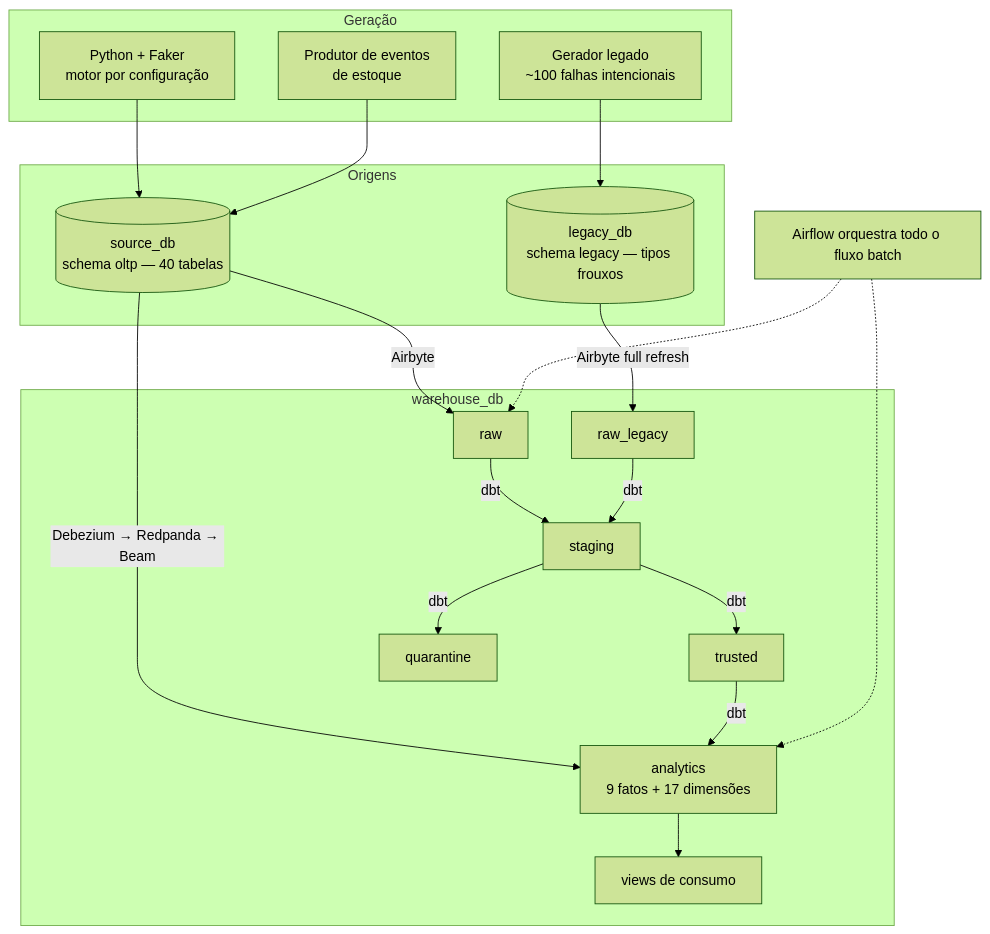
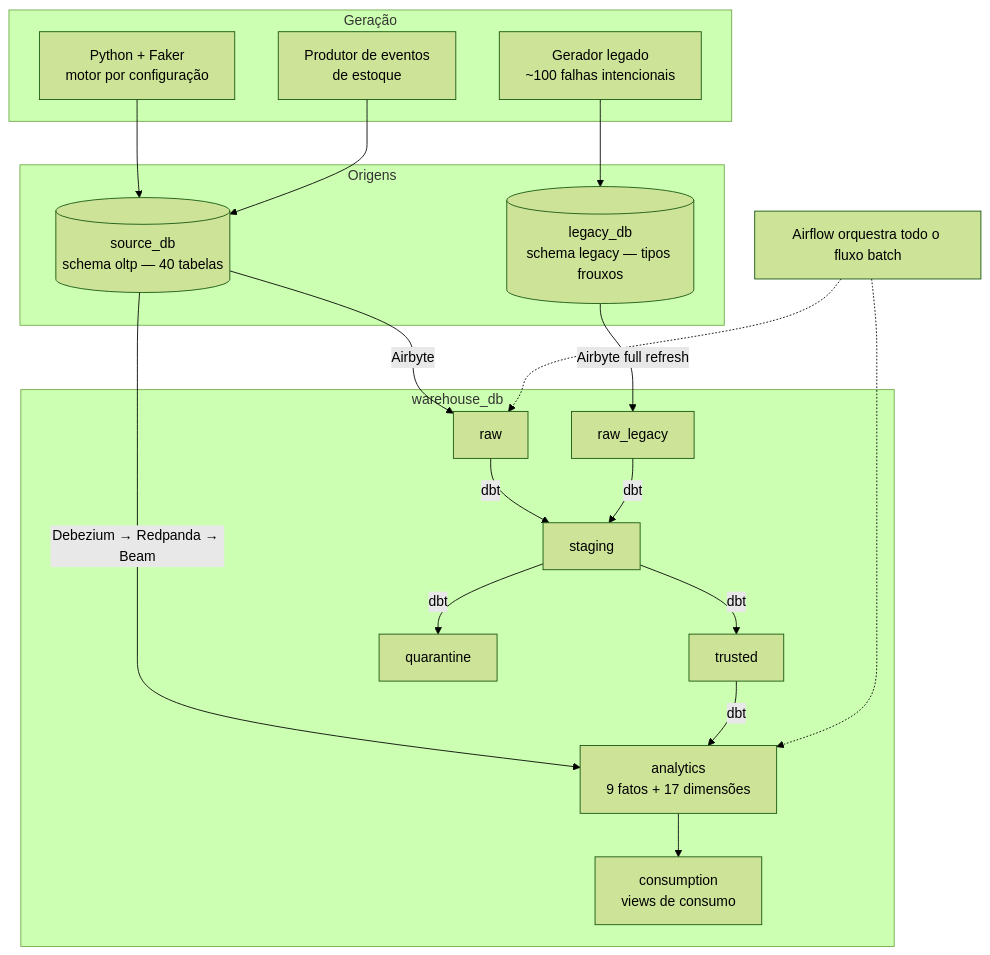
One commit to alencardoug/mvp_eng_dados_1 changed the diagram in docs/arquitetura.md. Above: the diagram before and after it, drawn with Mermaid (forest theme). The commit also changed other lines of this file and 13 other files, not shown here.

````diff
--- a/docs/arquitetura.md
+++ b/docs/arquitetura.md
@@ -23,41 +23,41 @@
 ```mermaid
 flowchart TB
     subgraph GER["Geração"]
         FK["Python + Faker<br/>motor por configuração"]
         LG["Gerador legado<br/>~100 falhas intencionais"]
         ST["Produtor de eventos<br/>de estoque"]
     end
 
     subgraph ORI["Origens"]
         SRC[("source_db<br/>schema oltp — 40 tabelas")]
         LEG[("legacy_db<br/>schema legacy — tipos frouxos")]
     end
 
     subgraph WH["warehouse_db"]
         RAW["raw"]
         RAWL["raw_legacy"]
         STG["staging"]
         TRU["trusted"]
         ANA["analytics<br/>9 fatos + 17 dimensões"]
+        CON["consumption<br/>views de consumo"]
         QUA["quarantine"]
-        VW["views de consumo"]
     end
 
     FK --> SRC
     LG --> LEG
     ST --> SRC
 
     SRC -->|Airbyte| RAW
     LEG -->|Airbyte full refresh| RAWL
     SRC -->|Debezium → Redpanda → Beam| ANA
 
     RAW -->|dbt| STG
     RAWL -->|dbt| STG
     STG -->|dbt| TRU
     STG -->|dbt| QUA
     TRU -->|dbt| ANA
-    ANA --> VW
+    ANA --> CON
 
     AF["Airflow orquestra todo o fluxo batch"] -.-> RAW
     AF -.-> ANA
 ```
````
